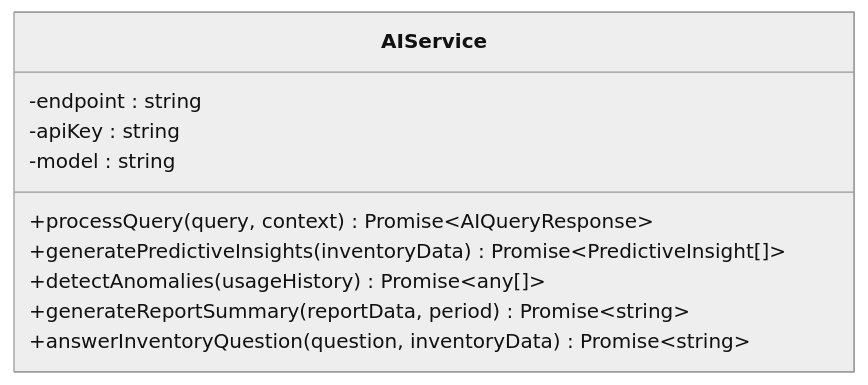
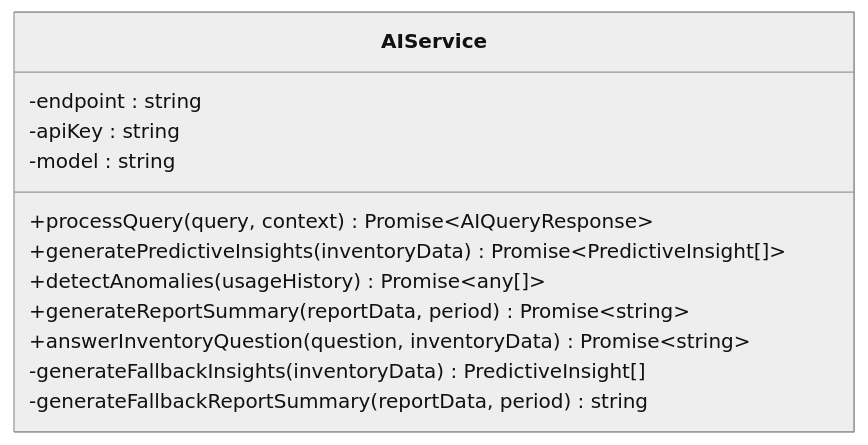
Before and after one commit to cacamarica/dashboard-ai: the third of 9 diagrams in .qoder/repowiki/en/content/Services Layer/Services Layer.md, drawn with Mermaid (neutral theme). The commit also changed other lines of this file and 14 other files, not shown here.

````diff
--- a/.qoder/repowiki/en/content/Services Layer/Services Layer.md
+++ b/.qoder/repowiki/en/content/Services Layer/Services Layer.md
@@ -168,13 +206,15 @@
 ```mermaid
 classDiagram
 class AIService {
 -endpoint : string
 -apiKey : string
 -model : string
 +processQuery(query, context) Promise~AIQueryResponse~
 +generatePredictiveInsights(inventoryData) Promise~PredictiveInsight[]~
 +detectAnomalies(usageHistory) Promise~any[]~
 +generateReportSummary(reportData, period) Promise~string~
 +answerInventoryQuestion(question, inventoryData) Promise~string~
+-generateFallbackInsights(inventoryData) PredictiveInsight[]
+-generateFallbackReportSummary(reportData, period) string
 }
 ```
````
